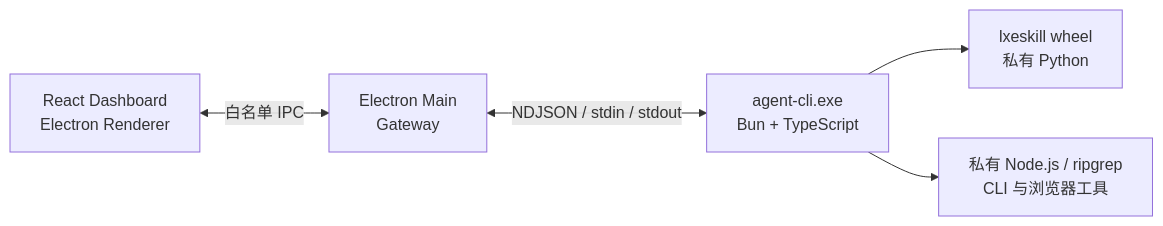
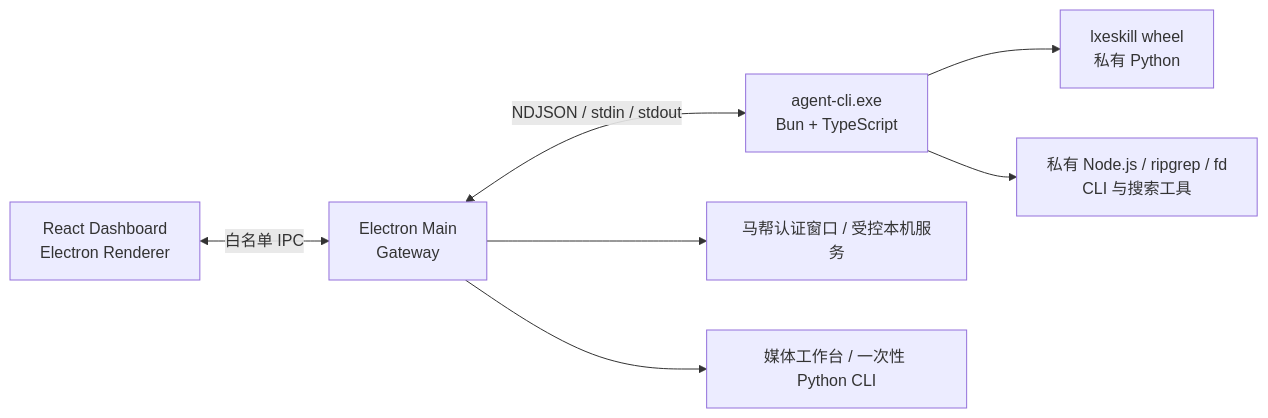
One commit to LXE123/LXE_AGENT changed the diagram in docs/desktop/README.md. Above: the diagram before and after it, drawn with Mermaid. The commit also changed other lines of this file and 100 other files, not shown here.

````diff
--- a/docs/desktop/README.md
+++ b/docs/desktop/README.md
@@ -18,7 +16,9 @@
 ```mermaid
 flowchart LR
     UI["React Dashboard<br/>Electron Renderer"] <-->|"白名单 IPC"| MAIN["Electron Main<br/>Gateway"]
     MAIN <-->|"NDJSON / stdin / stdout"| AGENT["agent-cli.exe<br/>Bun + TypeScript"]
     AGENT --> SKILL["lxeskill wheel<br/>私有 Python"]
-    AGENT --> TOOLS["私有 Node.js / ripgrep<br/>CLI 与浏览器工具"]
+    AGENT --> TOOLS["私有 Node.js / ripgrep / fd<br/>CLI 与搜索工具"]
+    MAIN --> AUTH["马帮认证窗口 / 受控本机服务"]
+    MAIN --> MEDIA["媒体工作台 / 一次性 Python CLI"]
 ```
````
